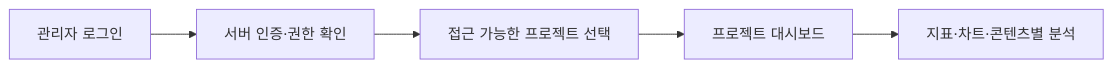
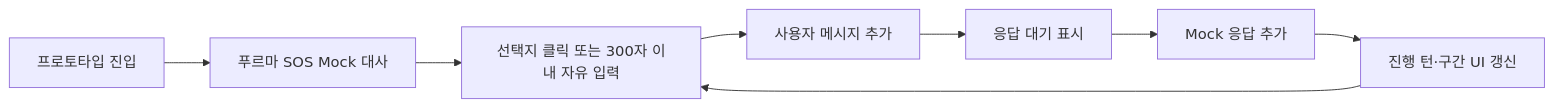
Before and after one commit to wjdsl/mingle: the second of 4 diagrams in FRONTEND_DESIGN.md, drawn with Mermaid. The commit also changed other lines of this file, not shown here.

````diff
--- a/FRONTEND_DESIGN.md
+++ b/FRONTEND_DESIGN.md
@@ -106,7 +95,10 @@
 ```mermaid
 flowchart LR
-    A[관리자 로그인] --> B[서버 인증·권한 확인]
-    B --> C[접근 가능한 프로젝트 선택]
-    C --> D[프로젝트 대시보드]
-    D --> E[지표·차트·콘텐츠별 분석]
+    A[프로토타입 진입] --> B[푸르마 SOS Mock 대사]
+    B --> C[선택지 클릭 또는 300자 이내 자유 입력]
+    C --> D[사용자 메시지 추가]
+    D --> E[응답 대기 표시]
+    E --> F[Mock 응답 추가]
+    F --> G[진행 턴·구간 UI 갱신]
+    G --> C
 ```
````
